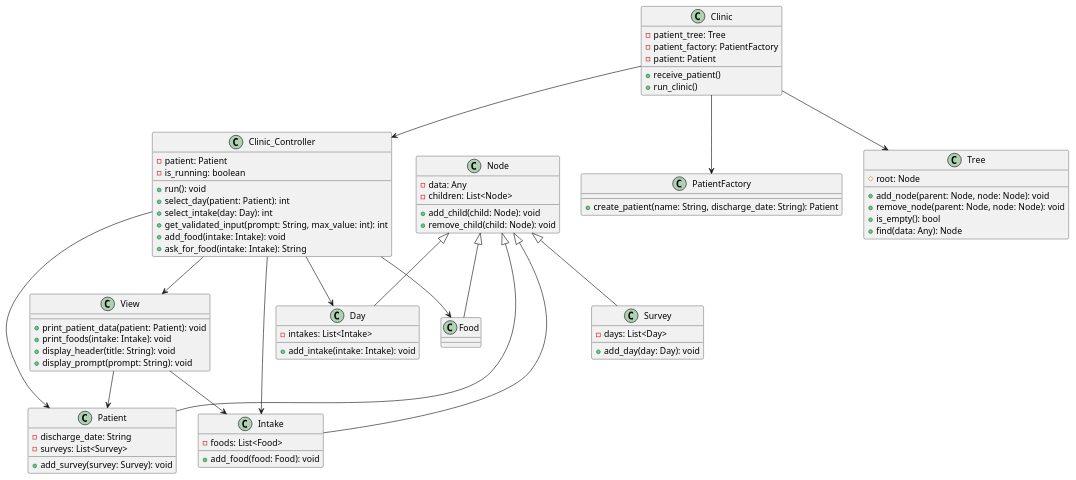
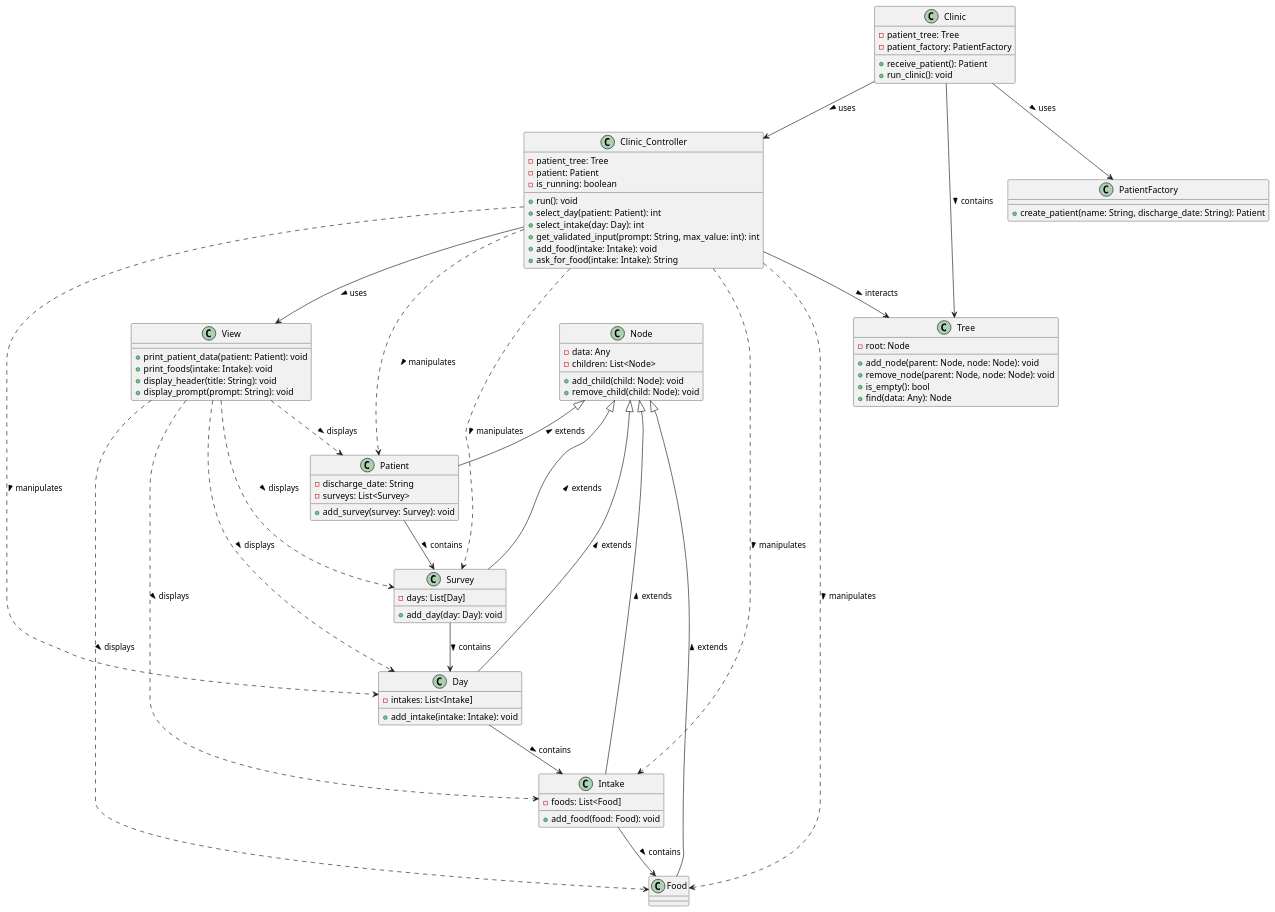
Before and after one commit to mmasias/23-24-eda1: the diagram in entregas/javierCader/examenFinal/docs/class_diagram.puml, drawn with PlantUML.

Commit message:
feat: Second Iteration Class Diagram

```diff
--- a/entregas/javierCader/examenFinal/docs/class_diagram.puml
+++ b/entregas/javierCader/examenFinal/docs/class_diagram.puml
@@ -1,90 +1,99 @@
 @startuml Examen_Final
 
 ' Define classes
 class Clinic {
     - patient_tree: Tree
     - patient_factory: PatientFactory
-    - patient: Patient
-    + receive_patient()
-    + run_clinic()
+    + receive_patient(): Patient
+    + run_clinic(): void
 }
 
 class PatientFactory {
     + create_patient(name: String, discharge_date: String): Patient
 }
 
 class Tree {
-    # root: Node
+    - root: Node
     + add_node(parent: Node, node: Node): void
     + remove_node(parent: Node, node: Node): void
     + is_empty(): bool
     + find(data: Any): Node
 }
 
 class Node {
     - data: Any
     - children: List<Node>
     + add_child(child: Node): void
     + remove_child(child: Node): void
 }
 
 class Clinic_Controller {
+    - patient_tree: Tree
     - patient: Patient
     - is_running: boolean
     + run(): void
     + select_day(patient: Patient): int
     + select_intake(day: Day): int
     + get_validated_input(prompt: String, max_value: int): int
     + add_food(intake: Intake): void
     + ask_for_food(intake: Intake): String
 }
 
 class View {
     + print_patient_data(patient: Patient): void
     + print_foods(intake: Intake): void
     + display_header(title: String): void
     + display_prompt(prompt: String): void
 }
 
 class Patient {
     - discharge_date: String
     - surveys: List<Survey>
     + add_survey(survey: Survey): void
 }
 
 class Survey {
-    - days: List<Day>
+    - days: List[Day]
     + add_day(day: Day): void
 }
 
 class Day {
-    - intakes: List<Intake>
+    - intakes: List<Intake]
     + add_intake(intake: Intake): void
 }
 
 class Intake {
-    - foods: List<Food>
+    - foods: List<Food]
     + add_food(food: Food): void
 }
 
 class Food {
 }
 
 ' Define relationships
-Clinic --> Clinic_Controller
-Clinic --> PatientFactory
-Clinic --> Tree
-Clinic_Controller --> View
-Clinic_Controller --> Patient
-Clinic_Controller --> Day
-Clinic_Controller --> Intake
-Clinic_Controller --> Food
-View --> Patient
-View --> Intake
-Patient -up-|> Node
-Survey -up-|> Node
-Day -up-|> Node
-Intake -up-|> Node
-Food -up-|> Node
+Clinic --> Clinic_Controller : uses >
+Clinic --> PatientFactory : uses >
+Clinic --> Tree : contains >
+Clinic_Controller --> View : uses >
+Clinic_Controller --> Tree : interacts >
+Clinic_Controller ..> Patient : manipulates >
+Clinic_Controller ..> Survey : manipulates >
+Clinic_Controller ..> Day : manipulates >
+Clinic_Controller ..> Intake : manipulates >
+Clinic_Controller ..> Food : manipulates >
+View ..> Patient : displays >
+View ..> Survey : displays >
+View ..> Day : displays >
+View ..> Intake : displays >
+View ..> Food : displays >
+Patient -up-|> Node : extends >
+Survey -up-|> Node : extends >
+Day -up-|> Node : extends >
+Intake -up-|> Node : extends >
+Food -up-|> Node : extends >
+Patient --> Survey : contains >
+Survey --> Day : contains >
+Day --> Intake : contains >
+Intake --> Food : contains >
 
 @enduml
```
